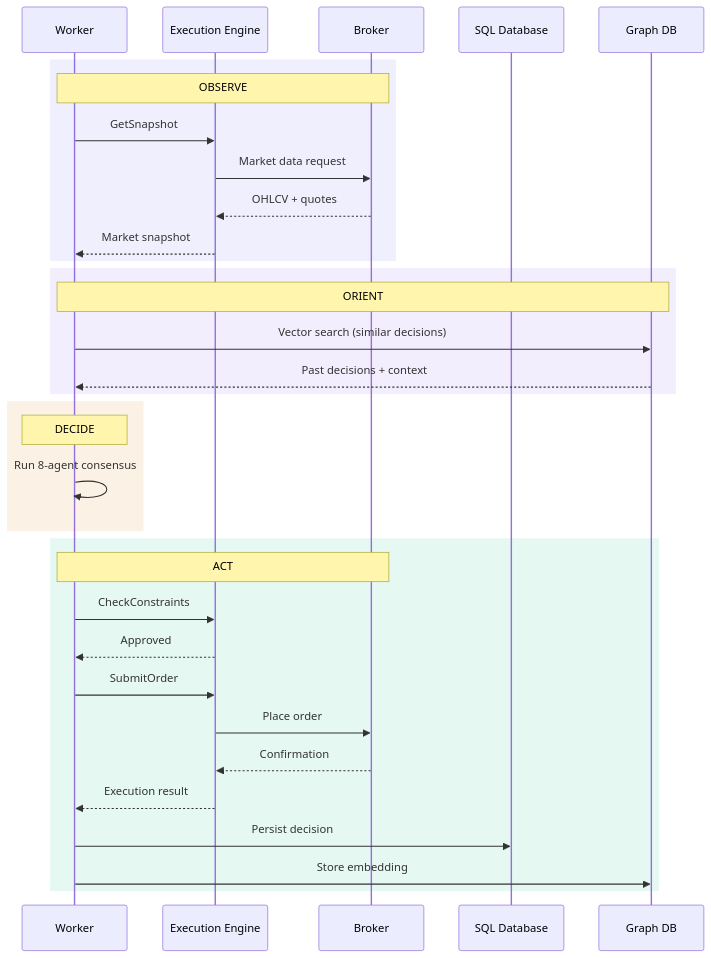
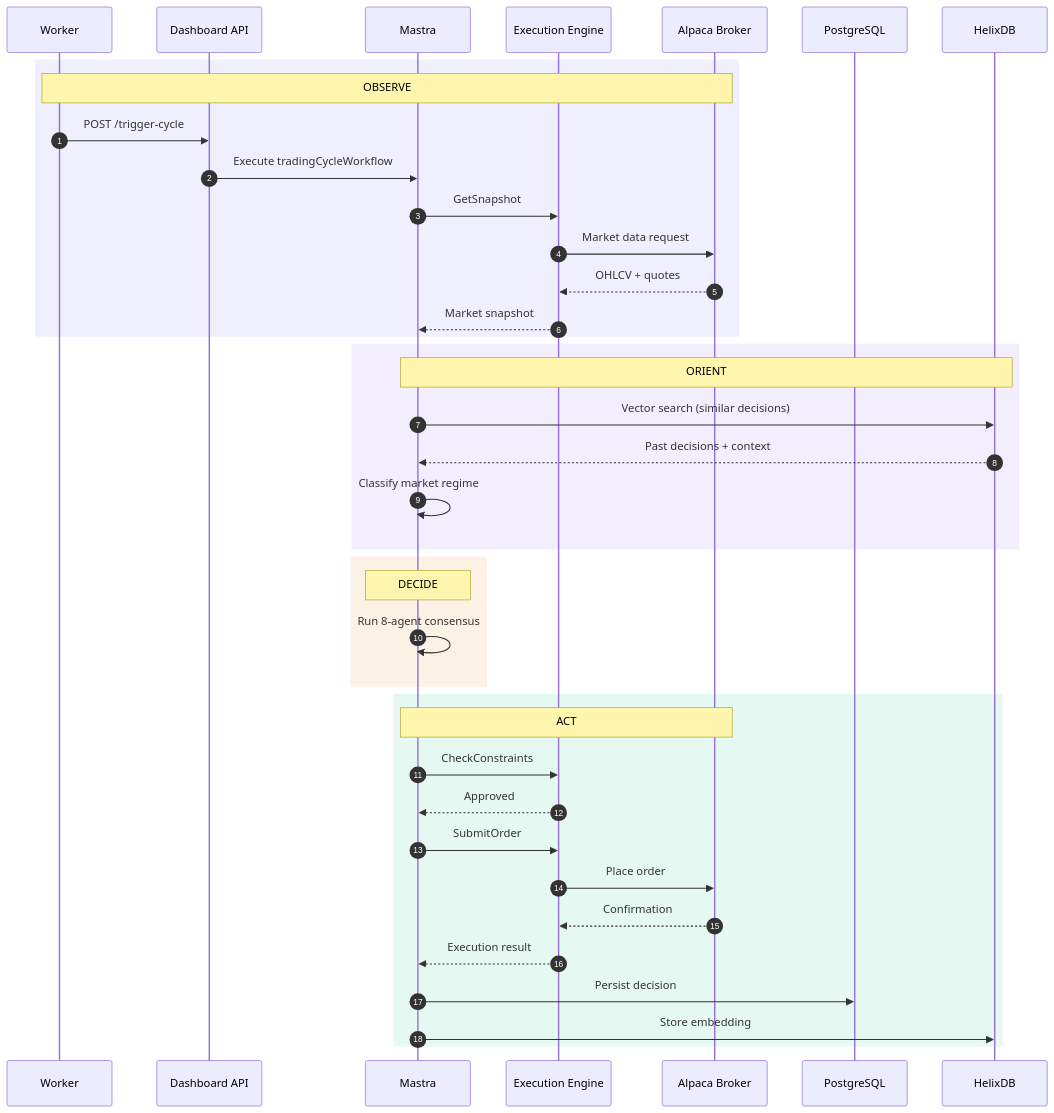
Before and after one commit to ccheney/cream: the fourth of 15 diagrams in ARCHITECTURE.md, drawn with Mermaid. The commit also changed other lines of this file and 30 other files, not shown here.

First line of the commit message:
feat(storage): enhance README with architecture, environment isolation, and repository patterns

````diff
--- a/ARCHITECTURE.md
+++ b/ARCHITECTURE.md
@@ -178,39 +211,45 @@
 ```mermaid
 sequenceDiagram
+    autonumber
     participant W as Worker
+    participant D as Dashboard API
+    participant M as Mastra
     participant E as Execution Engine
-    participant B as Broker
-    participant SQL as SQL Database
-    participant G as Graph DB
+    participant B as Alpaca Broker
+    participant SQL as PostgreSQL
+    participant G as HelixDB
 
     rect rgba(99, 102, 241, 0.1)
         Note over W,B: OBSERVE
-        W->>E: GetSnapshot
+        W->>D: POST /trigger-cycle
+        D->>M: Execute tradingCycleWorkflow
+        M->>E: GetSnapshot
         E->>B: Market data request
         B-->>E: OHLCV + quotes
-        E-->>W: Market snapshot
+        E-->>M: Market snapshot
     end
 
     rect rgba(139, 92, 246, 0.1)
-        Note over W,G: ORIENT
-        W->>G: Vector search (similar decisions)
-        G-->>W: Past decisions + context
+        Note over M,G: ORIENT
+        M->>G: Vector search (similar decisions)
+        G-->>M: Past decisions + context
+        M->>M: Classify market regime
     end
 
     rect rgba(217, 119, 6, 0.1)
-        Note over W: DECIDE
-        W->>W: Run 8-agent consensus
+        Note over M: DECIDE
+        M->>M: Run 8-agent consensus
     end
 
     rect rgba(16, 185, 129, 0.1)
-        Note over W,B: ACT
-        W->>E: CheckConstraints
-        E-->>W: Approved
-        W->>E: SubmitOrder
+        Note over M,B: ACT
+        M->>E: CheckConstraints
+        E-->>M: Approved
+        M->>E: SubmitOrder
         E->>B: Place order
         B-->>E: Confirmation
-        E-->>W: Execution result
-        W->>SQL: Persist decision
-        W->>G: Store embedding
+        E-->>M: Execution result
+        M->>SQL: Persist decision
+        M->>G: Store embedding
     end
 ```
````
